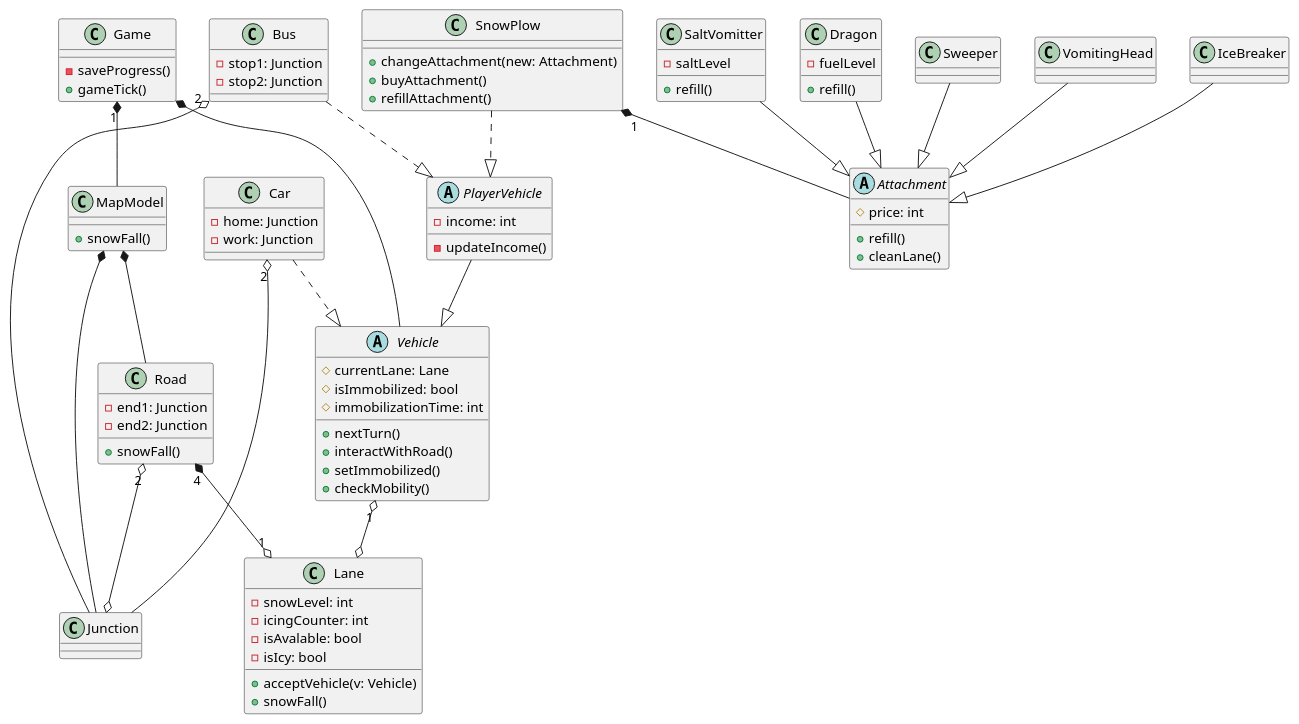
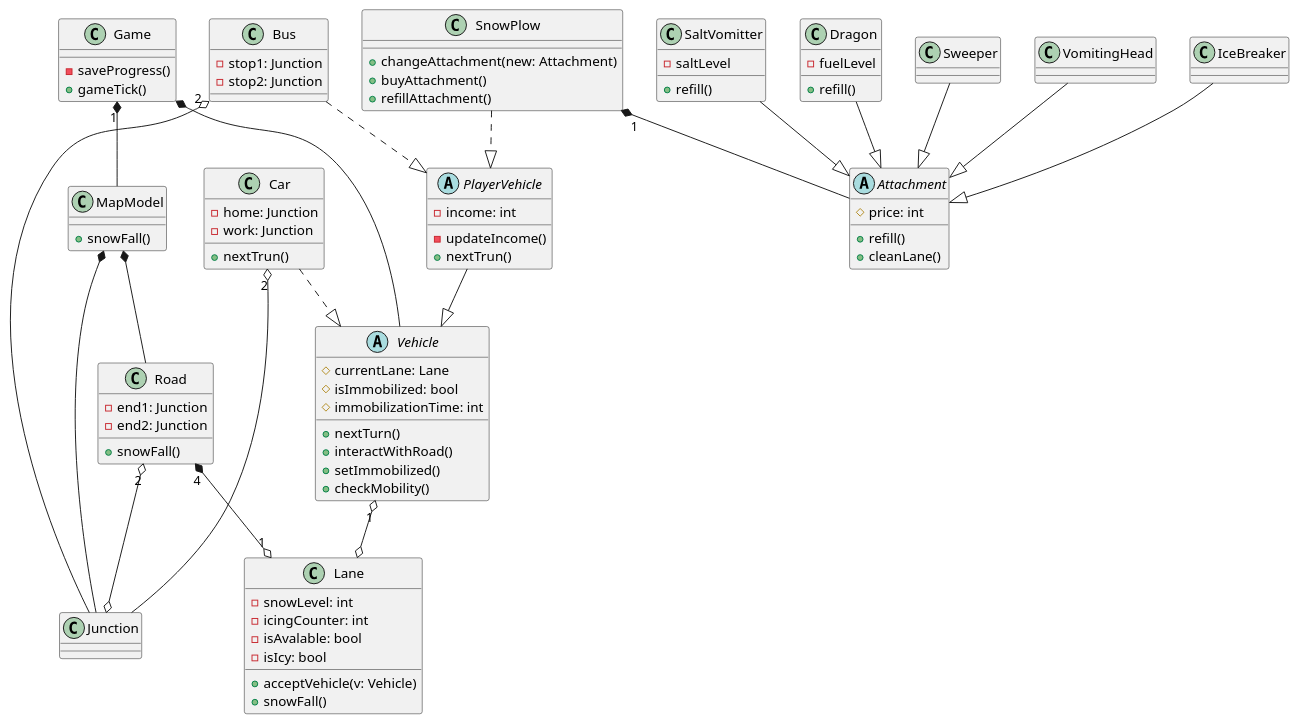
The diagram in docs/diagrams/class-diagram.puml (toth-andor/UneNotteANapoli), drawn with PlantUML before and after one commit.

Commit message:
update class diagram with inherited function overrides

```diff
--- a/docs/diagrams/class-diagram.puml
+++ b/docs/diagrams/class-diagram.puml
@@ -1,118 +1,120 @@
 @startuml class-diagram
 
 
 abstract Vehicle {
   # currentLane: Lane
   # isImmobilized: bool
   # immobilizationTime: int
 
   + nextTurn()
   + interactWithRoad()
   + setImmobilized()
   + checkMobility()
 }
 
 abstract PlayerVehicle {
     - income: int
     - updateIncome()
+    + nextTrun()
 }
 
 class Bus {
   - stop1: Junction
   - stop2: Junction
 }
 
 class SnowPlow {
   + changeAttachment(new: Attachment)
   + buyAttachment()
   + refillAttachment()
 }
 
 class Car {
   - home: Junction
   - work: Junction
+  + nextTrun()
 }
 
 abstract Attachment {
   # price: int
 
   + refill()
   + cleanLane()
   
 }
 
 class Dragon {
   - fuelLevel
   + refill()
 }
 class Sweeper
 class VomitingHead
 class IceBreaker
 class SaltVomitter {
   - saltLevel
   + refill()
 }
 
 
 class Road {
   - end1: Junction
   - end2: Junction
   + snowFall()
 }
 
 class Lane {
   - snowLevel: int
   - icingCounter: int
   - isAvalable: bool
   - isIcy: bool
   + acceptVehicle(v: Vehicle)
   + snowFall()
   
 }
 
 class Junction
 
 class MapModel {
   + snowFall()
 }
 
 class Game {
   - saveProgress()
   + gameTick()
 }
 
 
 Road "4"*--o "1" Lane 
 
 
 
 PlayerVehicle --|> Vehicle
 Bus ..|> PlayerVehicle 
 SnowPlow ..|> PlayerVehicle
 Car ..|> Vehicle
 
 Dragon --|> Attachment
 Sweeper --|> Attachment
 VomitingHead --|> Attachment
 IceBreaker --|> Attachment
 SaltVomitter --|> Attachment
 
 SnowPlow "1"*-- Attachment
 
 
 Road "2" o--o Junction
 
 MapModel *-- Road
 MapModel *-- Junction
 
 Game "1"*-- MapModel
 Game *-- Vehicle
 
 Vehicle "1" o--o Lane
 
 Bus "2" o-- Junction
 Car "2" o-- Junction
 
 
 
 @enduml
```
